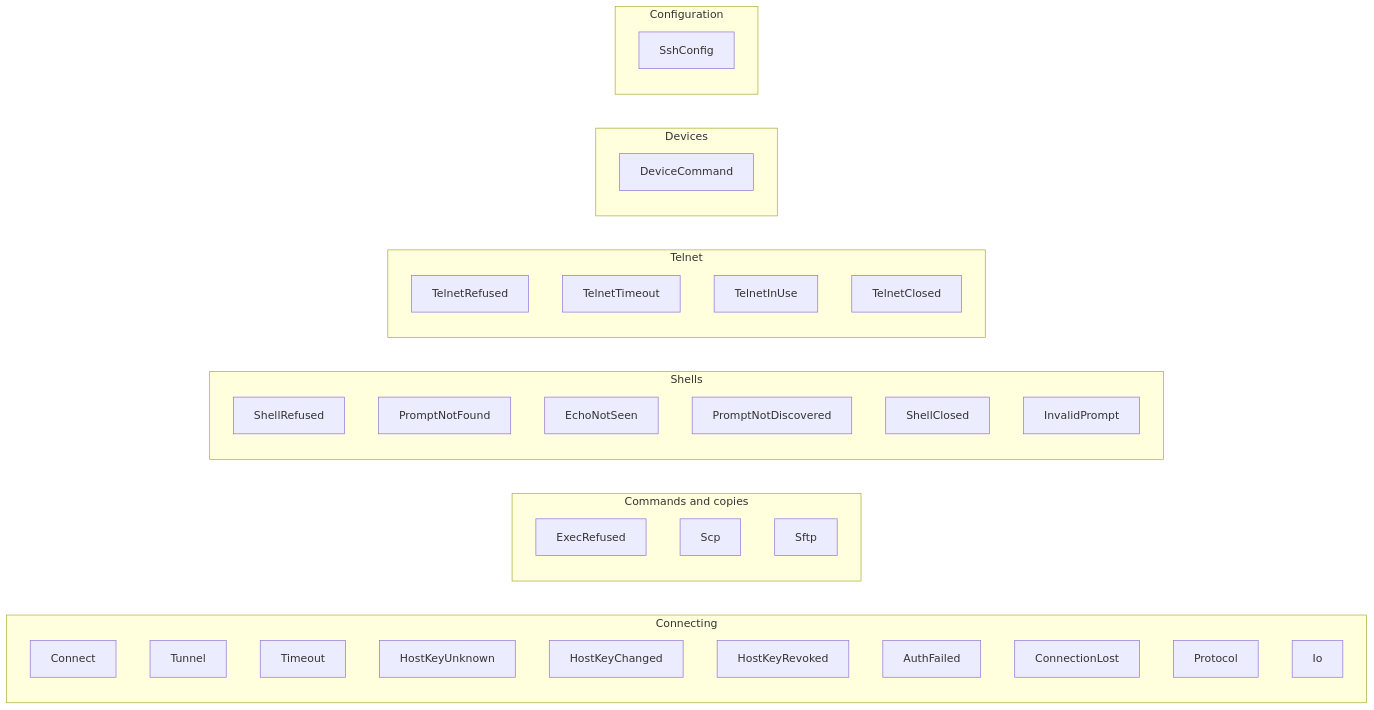
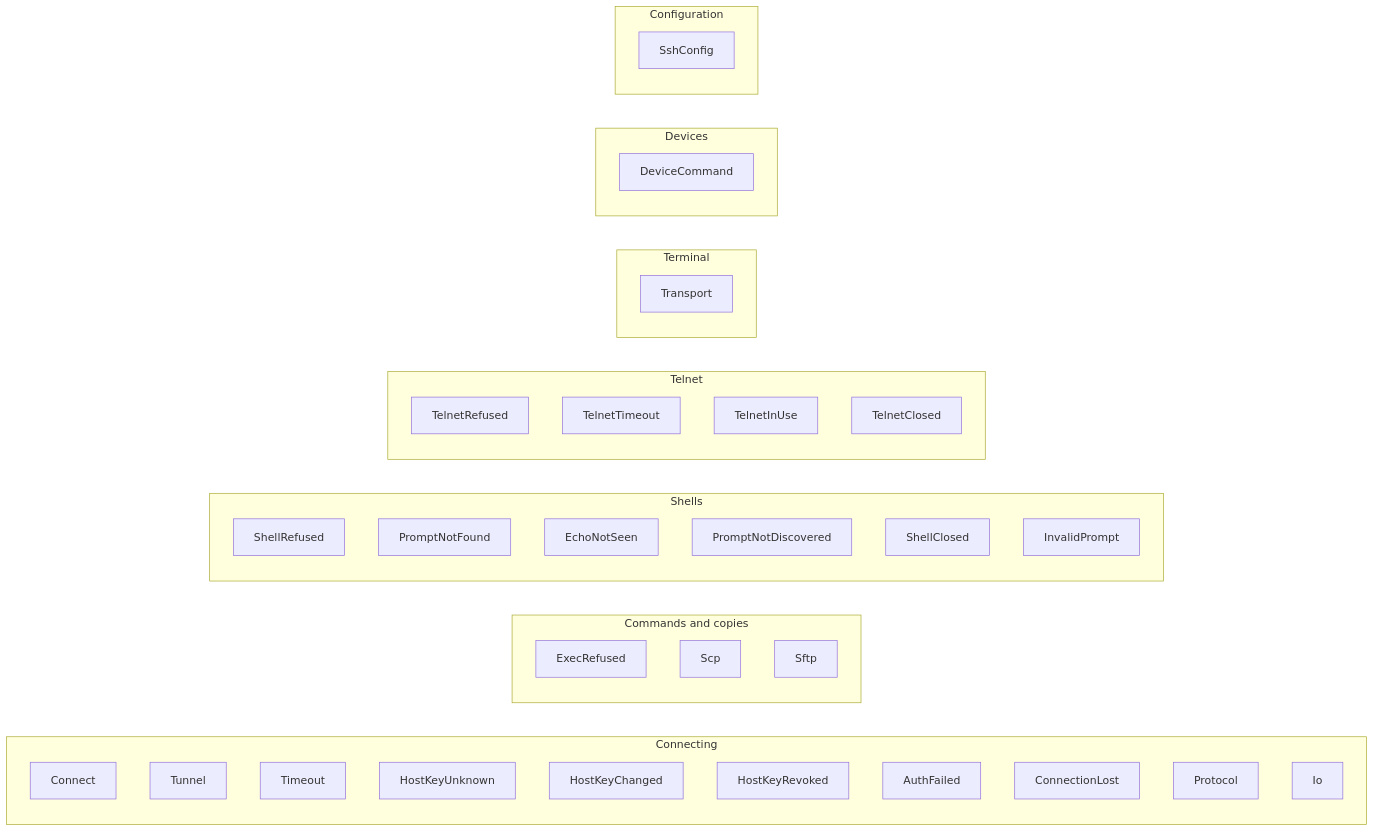
One commit to bwks/jato-lib changed the diagram in docs/architecture/errors.md. Above: the diagram before and after it, drawn with Mermaid. The commit also changed other lines of this file and 8 other files, not shown here.

````diff
--- a/docs/architecture/errors.md
+++ b/docs/architecture/errors.md
@@ -27,40 +29,43 @@
 ```mermaid
 graph LR
     subgraph Connecting
         Connect
         Tunnel
         Timeout
         HostKeyUnknown
         HostKeyChanged
         HostKeyRevoked
         AuthFailed
         ConnectionLost
         Protocol
         Io
     end
     subgraph Commands and copies
         ExecRefused
         Scp
         Sftp
     end
     subgraph Shells
         ShellRefused
         PromptNotFound
         EchoNotSeen
         PromptNotDiscovered
         ShellClosed
         InvalidPrompt
     end
     subgraph Telnet
         TelnetRefused
         TelnetTimeout
         TelnetInUse
         TelnetClosed
     end
+    subgraph Terminal
+        Transport
+    end
     subgraph Devices
         DeviceCommand
     end
     subgraph Configuration
         SshConfig
     end
 ```
````
